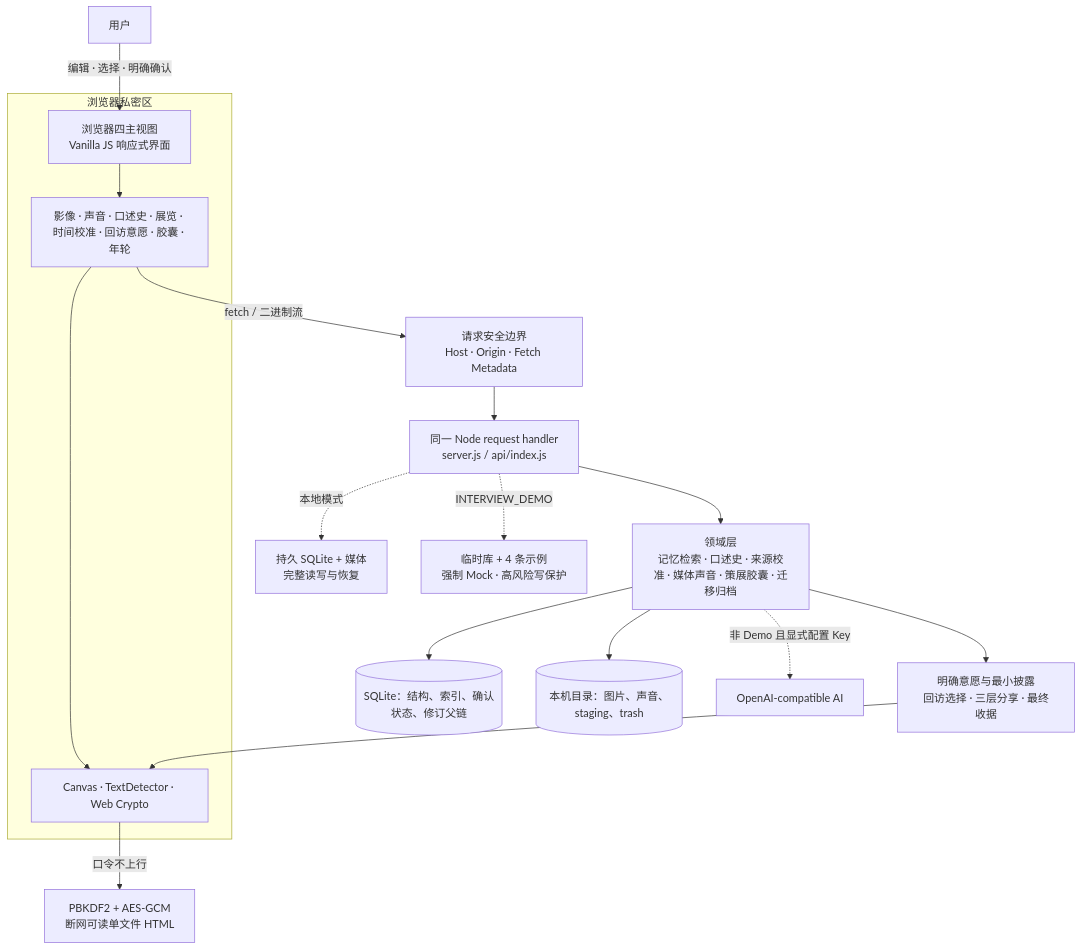
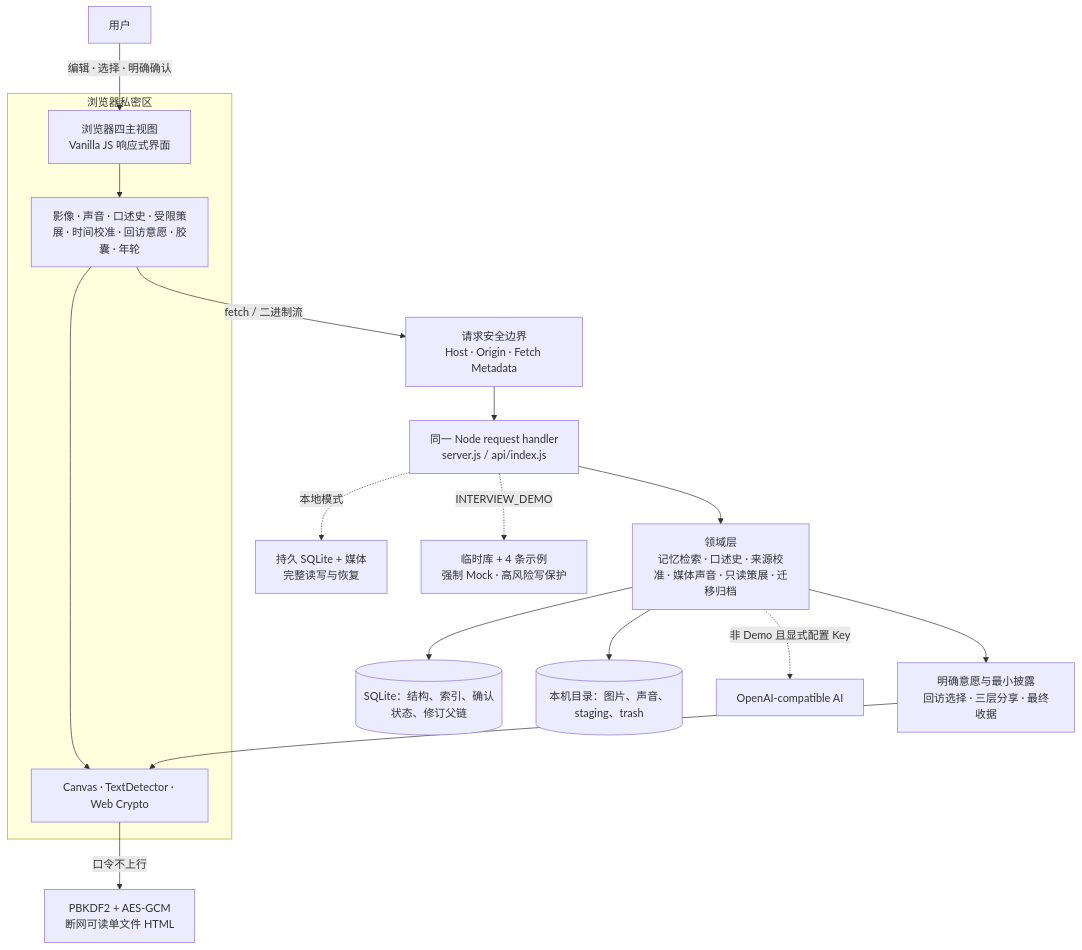
Before and after one commit to JieE-212/AI_memory_museum: the diagram in 项目文档/面试展示手册.md, drawn with Mermaid. The commit also changed other lines of this file and 46 other files, not shown here.

````diff
--- a/项目文档/面试展示手册.md
+++ b/项目文档/面试展示手册.md
@@ -73,23 +76,23 @@
 ```mermaid
 flowchart TB
   U["用户"] -->|"编辑 · 选择 · 明确确认"| UI["浏览器四主视图<br/>Vanilla JS 响应式界面"]
 
   subgraph B["浏览器私密区"]
-    UI --> MOD["影像 · 声音 · 口述史 · 展览 · 时间校准 · 回访意愿 · 胶囊 · 年轮"]
+    UI --> MOD["影像 · 声音 · 口述史 · 受限策展 · 时间校准 · 回访意愿 · 胶囊 · 年轮"]
     MOD --> LOCAL["Canvas · TextDetector · Web Crypto"]
   end
 
   MOD -->|"fetch / 二进制流"| SEC["请求安全边界<br/>Host · Origin · Fetch Metadata"]
   SEC --> HTTP["同一 Node request handler<br/>server.js / api/index.js"]
-  HTTP --> DOMAIN["领域层<br/>记忆检索 · 口述史 · 来源校准 · 媒体声音 · 策展胶囊 · 迁移归档"]
+  HTTP --> DOMAIN["领域层<br/>记忆检索 · 口述史 · 来源校准 · 媒体声音 · 只读策展 · 迁移归档"]
   DOMAIN --> DB[("SQLite：结构、索引、确认状态、修订父链")]
   DOMAIN --> FS[("本机目录：图片、声音、staging、trash")]
   DOMAIN -. "非 Demo 且显式配置 Key" .-> AI["OpenAI-compatible AI"]
 
   DOMAIN --> GATE["明确意愿与最小披露<br/>回访选择 · 三层分享 · 最终收据"]
   GATE --> LOCAL
   LOCAL -->|"口令不上行"| OFF["PBKDF2 + AES-GCM<br/>断网可读单文件 HTML"]
 
   HTTP -. "本地模式" .-> PERSIST["持久 SQLite + 媒体<br/>完整读写与恢复"]
   HTTP -. "INTERVIEW_DEMO" .-> DEMO["临时库 + 4 条示例<br/>强制 Mock · 高风险写保护"]
 ```
````
